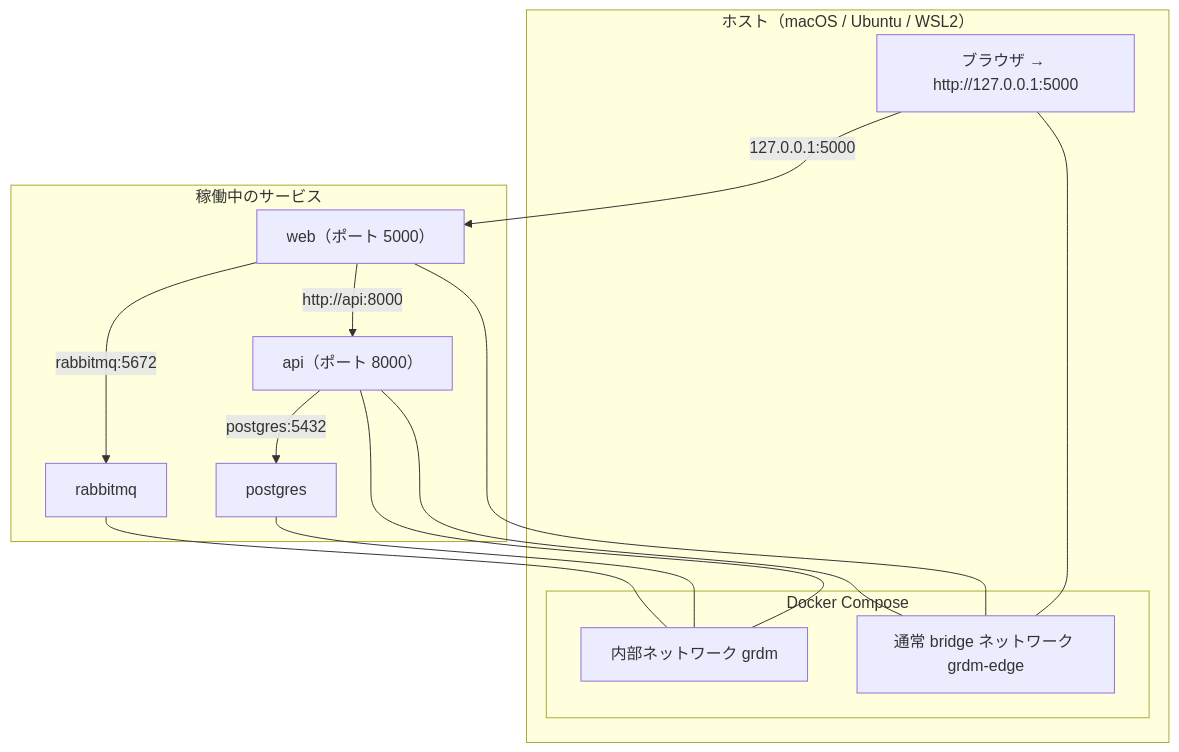
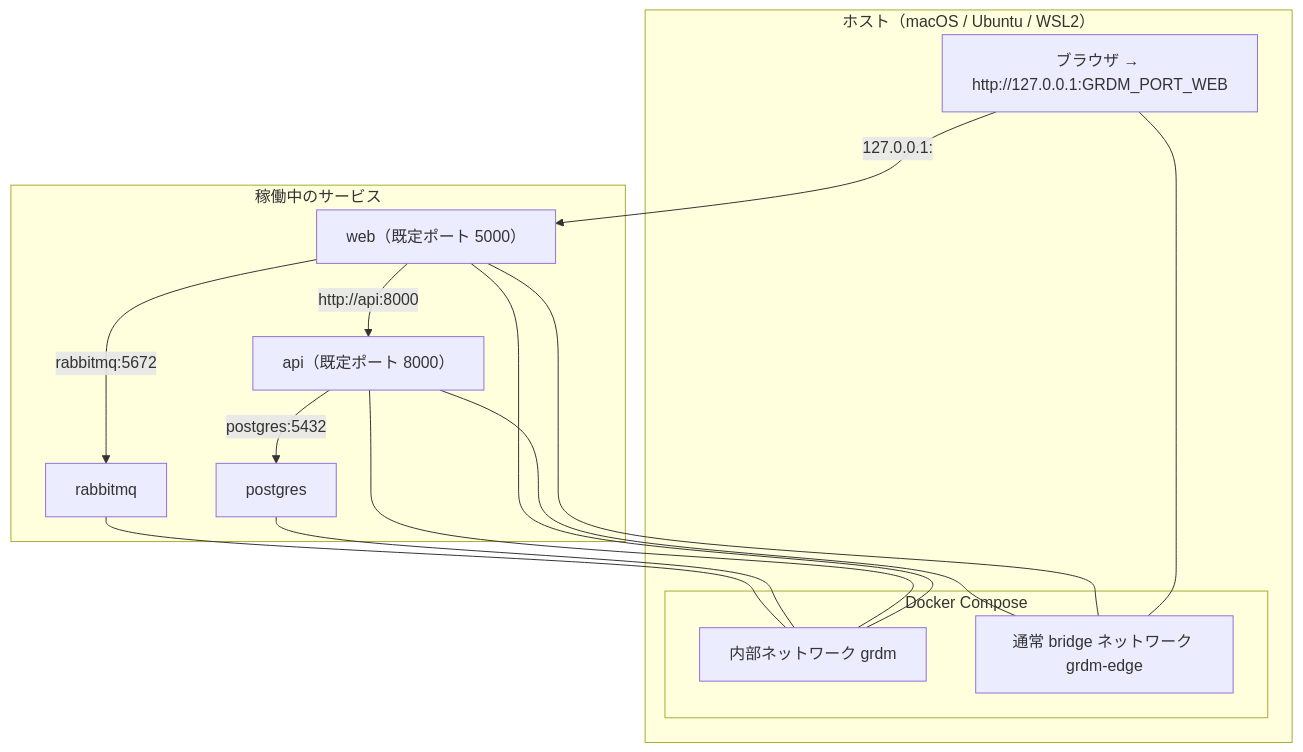
Before and after one commit to RCOSDP/RDM-developer-guide: the second of 2 diagrams in docs/guides/environment/README.md, drawn with Mermaid. The commit also changed other lines of this file, not shown here.

````diff
--- a/docs/guides/environment/README.md
+++ b/docs/guides/environment/README.md
@@ -377,30 +408,31 @@
 ```mermaid
 flowchart TD
     subgraph HOST["ホスト（macOS / Ubuntu / WSL2）"]
-        BROWSER["ブラウザ → http://127.0.0.1:5000"]
+        BROWSER["ブラウザ → http://127.0.0.1:GRDM_PORT_WEB"]
         subgraph DOCKER["Docker Compose"]
             INTERNAL[内部ネットワーク grdm]
             PUBLISHING[通常 bridge ネットワーク grdm-edge]
         end
     end
     
     subgraph SERVICES["稼働中のサービス"]
-        web[web（ポート 5000）]
-        api[api（ポート 8000）]
+        web[web（既定ポート 5000）]
+        api[api（既定ポート 8000）]
         postgres[postgres]
         rabbitmq[rabbitmq]
     end
     
-    BROWSER -->|"127.0.0.1:5000"| web
+    BROWSER -->|"127.0.0.1:<web ポート>"| web
     web -->|"http://api:8000"| api
     api -->|"postgres:5432"| postgres
     web -->|"rabbitmq:5672"| rabbitmq
     
     BROWSER --- PUBLISHING
     web --- PUBLISHING
     api --- PUBLISHING
     
+    web --- INTERNAL
     api --- INTERNAL
     postgres --- INTERNAL
     rabbitmq --- INTERNAL
 ```
````
